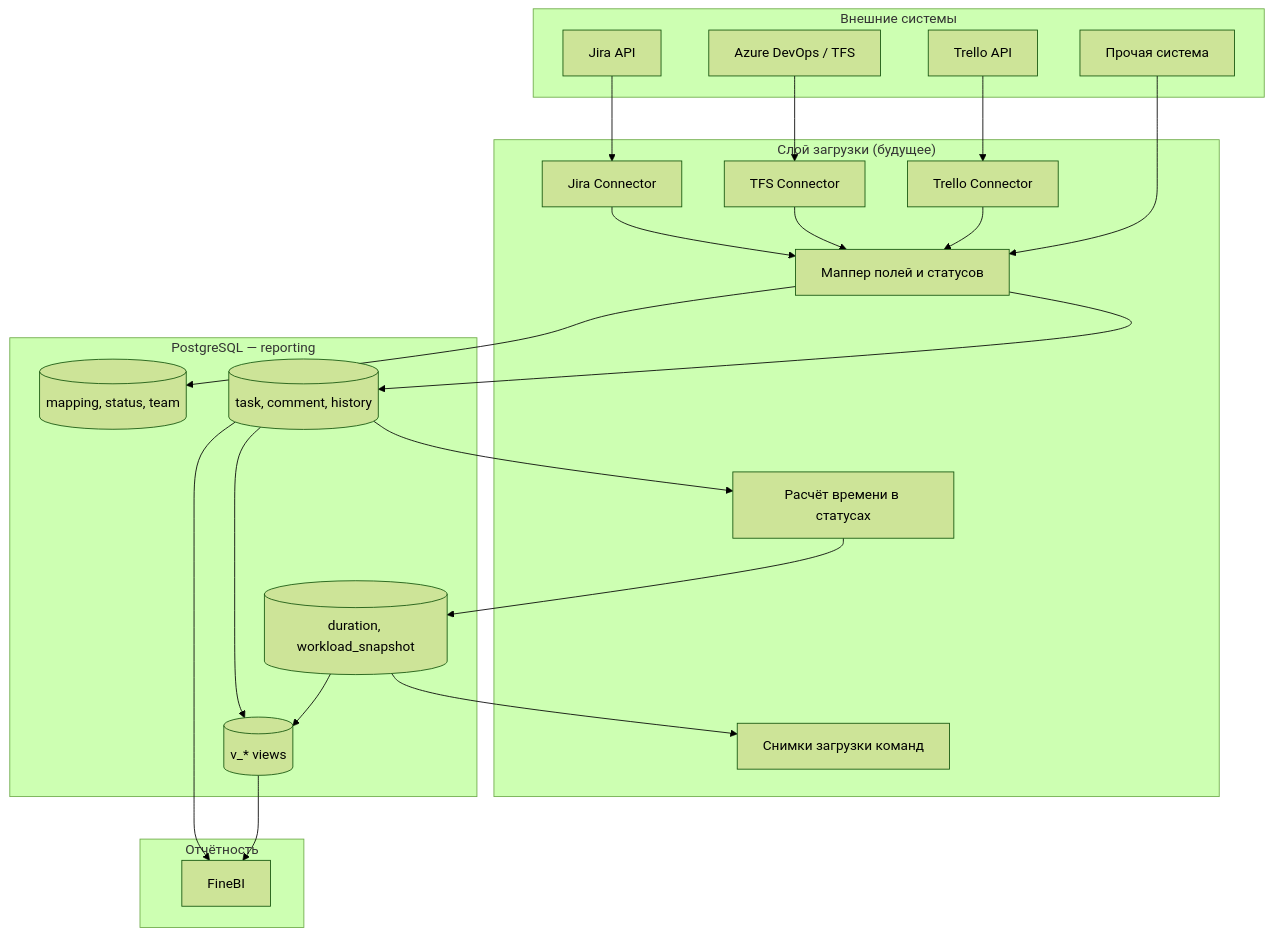
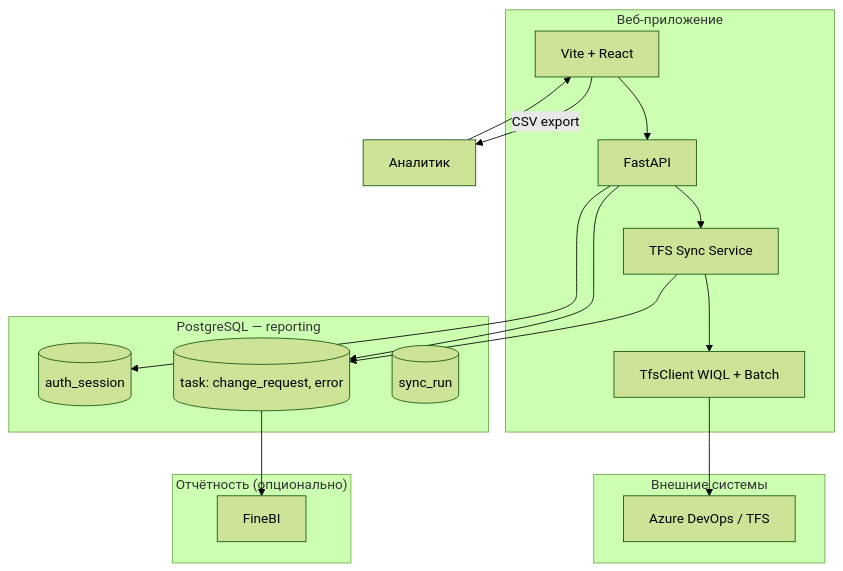
One commit to volchonok16/reporting changed the first of 5 diagrams in docs/diagrams.md. Above: the diagram before and after it, drawn with Mermaid (forest theme). The commit also changed other lines of this file and 578 other files, not shown here.

````diff
--- a/docs/diagrams.md
+++ b/docs/diagrams.md
@@ -22,46 +22,35 @@
 ```mermaid
 flowchart TB
     subgraph External["Внешние системы"]
-        Jira[Jira API]
         TFS[Azure DevOps / TFS]
-        Trello[Trello API]
-        Other[Прочая система]
     end
 
-    subgraph ETL["Слой загрузки (будущее)"]
-        CJ[Jira Connector]
-        CT[TFS Connector]
-        CTr[Trello Connector]
-        Mapper[Маппер полей и статусов]
-        Duration[Расчёт времени в статусах]
-        Snapshot[Снимки загрузки команд]
+    subgraph App["Веб-приложение"]
+        FE[Vite + React]
+        API[FastAPI]
+        Sync[TFS Sync Service]
+        Client[TfsClient WIQL + Batch]
     end
 
     subgraph Storage["PostgreSQL — reporting"]
-        Core[(task, comment, history)]
-        Ref[(mapping, status, team)]
-        Metrics[(duration, workload_snapshot)]
-        Views[(v_* views)]
+        Task[(task: change_request, error)]
+        Auth[(auth_session)]
+        SyncRun[(sync_run)]
     end
 
-    subgraph BI["Отчётность"]
+    Analyst[Аналитик] --> FE
+    FE --> API
+    API --> Sync
+    Sync --> Client
+    Client --> TFS
+    Sync --> Task
+    API --> Task
+    API --> Auth
+
+    subgraph BI["Отчётность (опционально)"]
         FineBI[FineBI]
     end
 
-    Jira --> CJ
-    TFS --> CT
-    Trello --> CTr
-    Other --> Mapper
-    CJ --> Mapper
-    CT --> Mapper
-    CTr --> Mapper
-    Mapper --> Core
-    Mapper --> Ref
-    Core --> Duration
-    Duration --> Metrics
-    Metrics --> Snapshot
-    Core --> Views
-    Metrics --> Views
-    Views --> FineBI
-    Core --> FineBI
+    Task --> FineBI
+    FE -->|CSV export| Analyst
 ```
````
